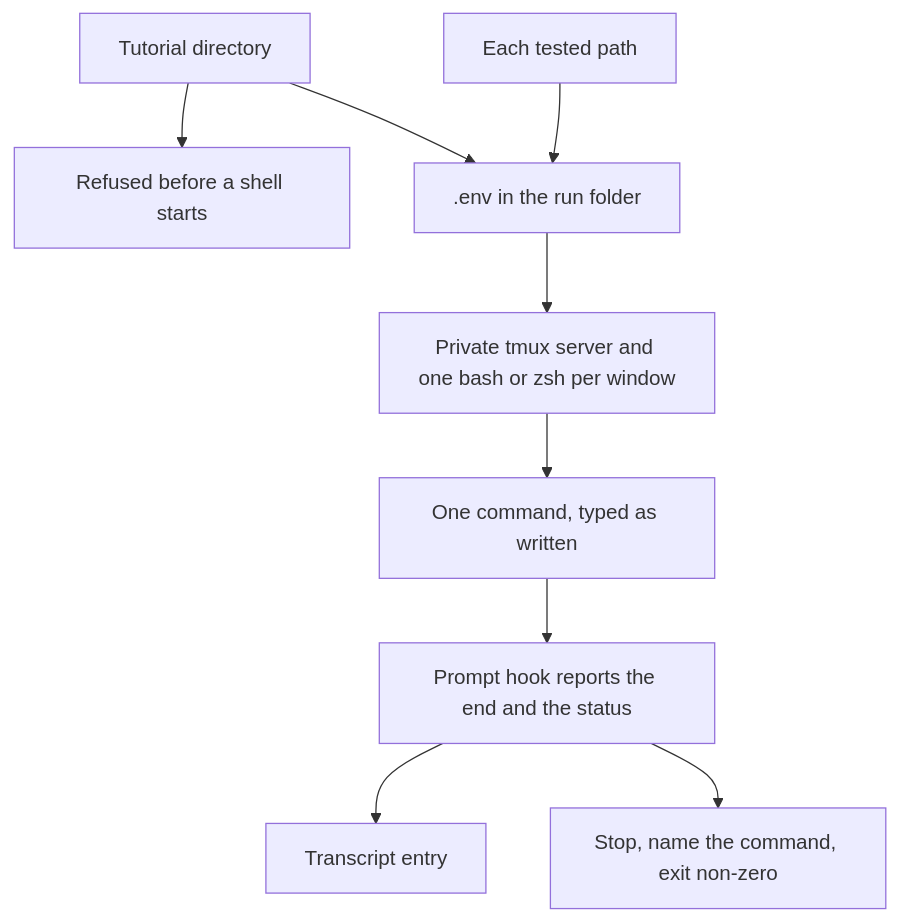
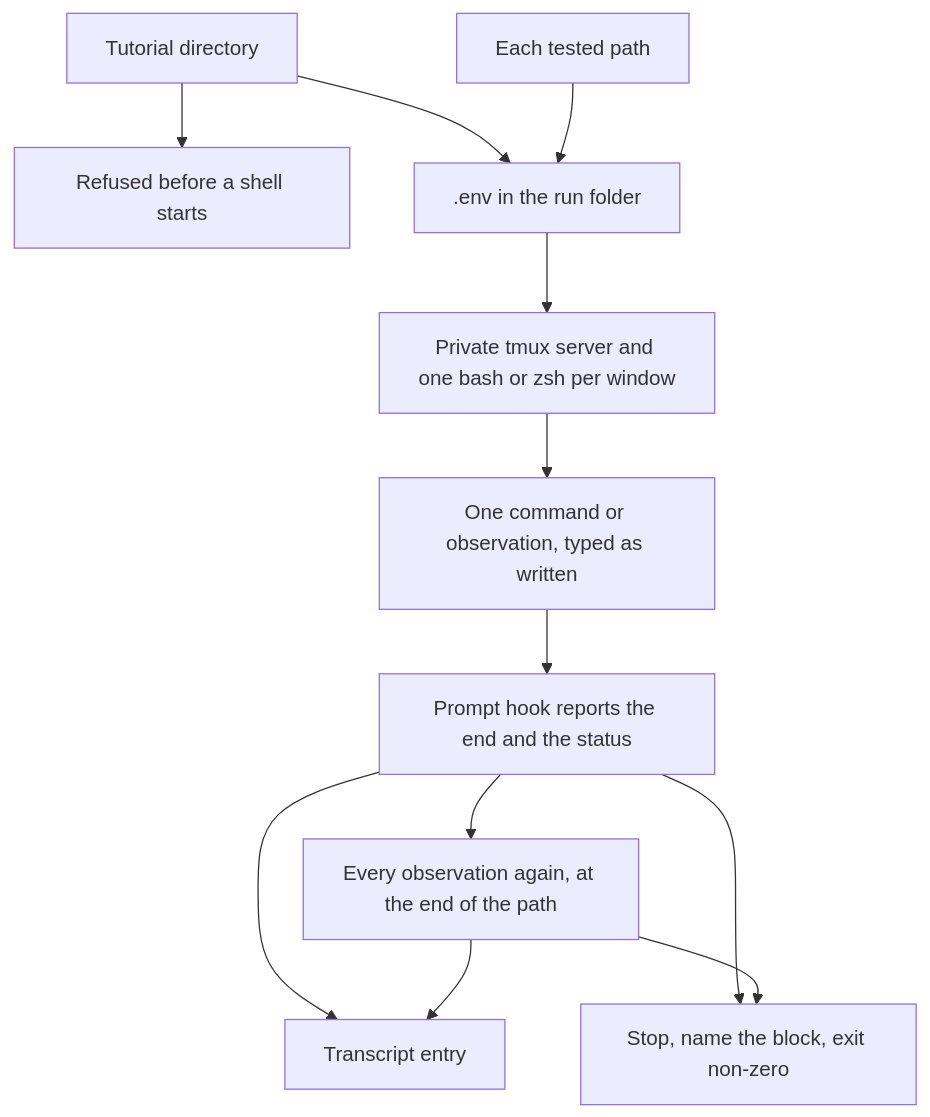
Before and after one commit to lambdasistemi/tutorial-stepper: the diagram in docs/play.md, drawn with Mermaid. The commit also changed other lines of this file and 14 other files, not shown here.

Commit message:
feat: play observations where they appear and again at the end of the path

````diff
--- a/docs/play.md
+++ b/docs/play.md
@@ -9,20 +9,24 @@
 ```mermaid
 flowchart TD
   directory["Tutorial directory"]
   path["Each tested path"]
   refuse["Refused before a shell starts"]
   env[".env in the run folder"]
   server["Private tmux server and one bash or zsh per window"]
-  command["One command, typed as written"]
+  command["One command or observation, typed as written"]
   hook["Prompt hook reports the end and the status"]
+  again["Every observation again, at the end of the path"]
   transcript["Transcript entry"]
-  stop["Stop, name the command, exit non-zero"]
+  stop["Stop, name the block, exit non-zero"]
   directory --> refuse
   directory --> env
   path --> env
   env --> server
   server --> command
   command --> hook
+  hook --> again
   hook --> transcript
+  again --> transcript
   hook --> stop
+  again --> stop
 ```
````
